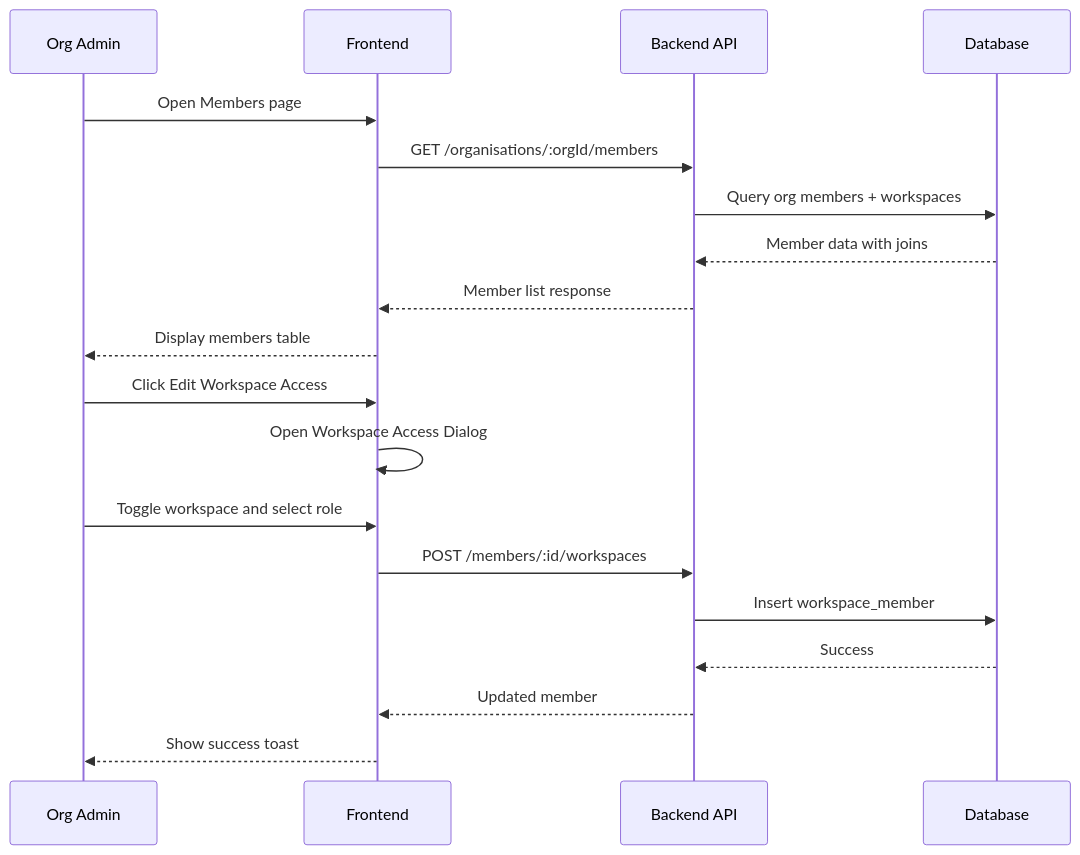
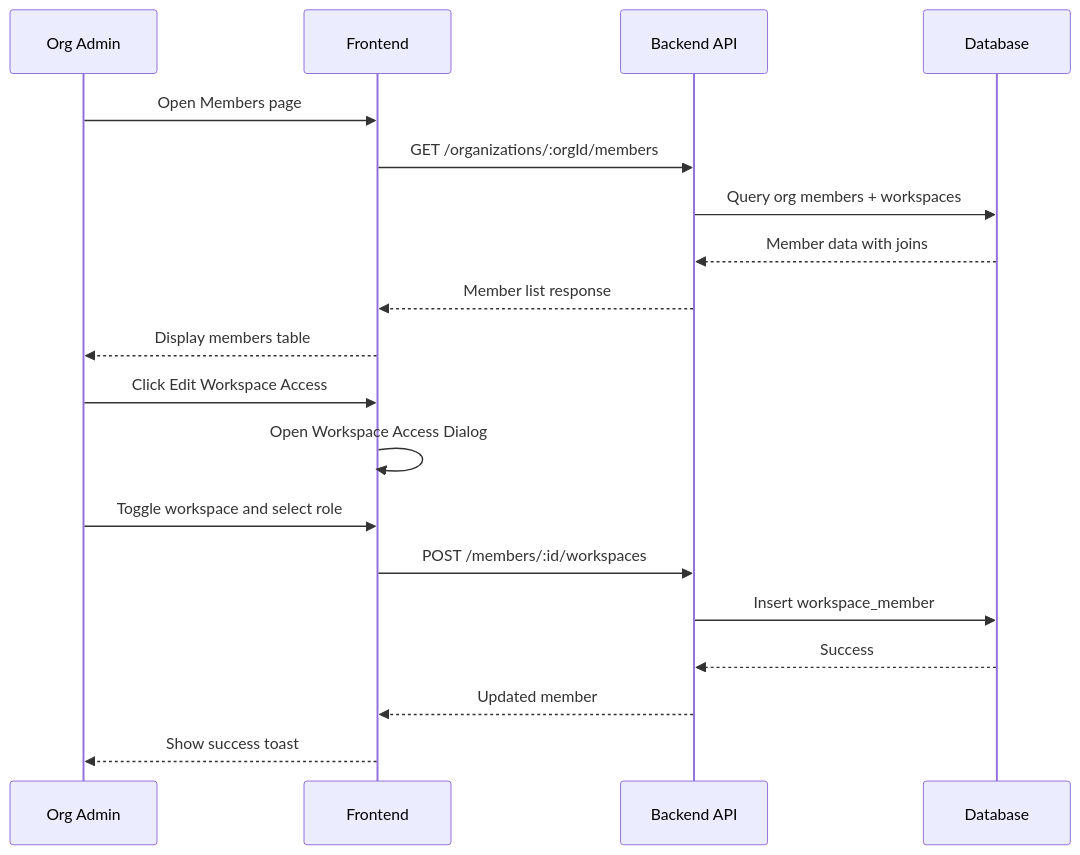
Before and after one commit to willdady/platypus: the second of 2 diagrams in plans/member-management.md, drawn with Mermaid. The commit also changed other lines of this file and 120 other files, not shown here.

````diff
--- a/plans/member-management.md
+++ b/plans/member-management.md
@@ -291,23 +291,23 @@
 ```mermaid
 sequenceDiagram
     participant User as Org Admin
     participant FE as Frontend
     participant API as Backend API
     participant DB as Database
 
     User->>FE: Open Members page
-    FE->>API: GET /organisations/:orgId/members
+    FE->>API: GET /organizations/:orgId/members
     API->>DB: Query org members + workspaces
     DB-->>API: Member data with joins
     API-->>FE: Member list response
     FE-->>User: Display members table
 
     User->>FE: Click Edit Workspace Access
     FE->>FE: Open Workspace Access Dialog
     User->>FE: Toggle workspace and select role
     FE->>API: POST /members/:id/workspaces
     API->>DB: Insert workspace_member
     DB-->>API: Success
     API-->>FE: Updated member
     FE-->>User: Show success toast
 ```
````
